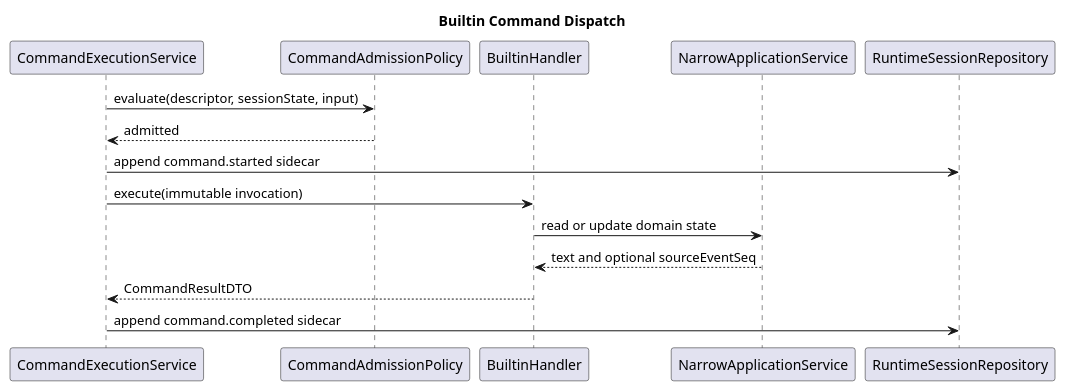
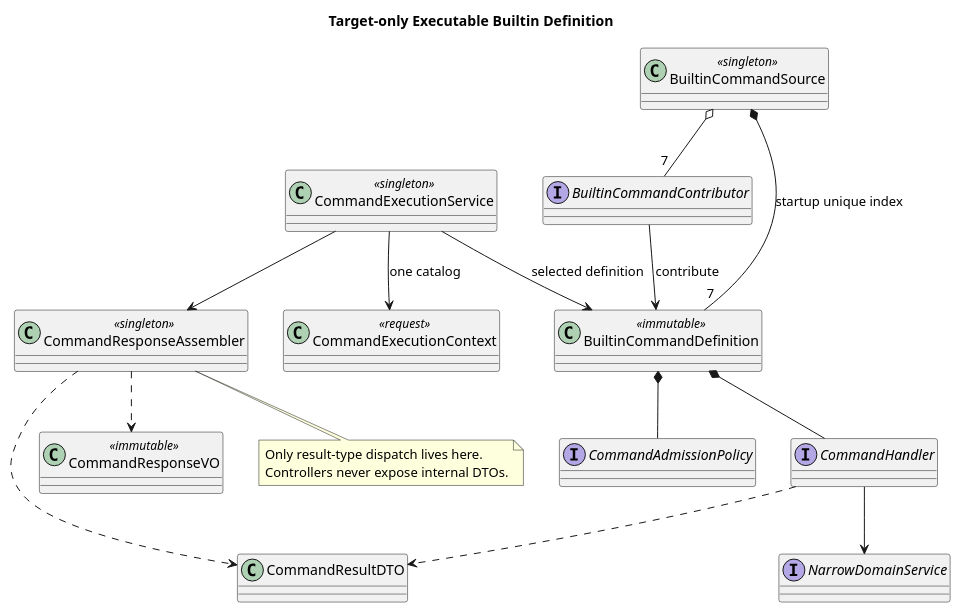
Before and after one commit to ssm0808/pi-mono-java-design: the first of 3 diagrams in 04-命令与技能/01-内置命令/设计图/diagram.puml, drawn with PlantUML. The commit also changed other lines of this file and 47 other files, not shown here.

Commit message:
docs(command): 收敛 Builtin JSON 契约与分层交付

```diff
--- a/04-命令与技能/01-内置命令/设计图/diagram.puml
+++ b/04-命令与技能/01-内置命令/设计图/diagram.puml
@@ -1,24 +1,33 @@
-@startuml builtin_dispatch
-title Builtin Command Dispatch
+@startuml target_command_core_classes
+title Target-only Executable Builtin Definition
+' Source evidence: pi-mono-java@0bb794f2 modules/coding-agent-cli/src/main/java/com/campusclaw/codingagent/runtimeapi/command/CommandDefinition.java.
+' Design reason: each contributor owns metadata, admission, and handler; no central command-name switch.
 skinparam shadowing false
-
-' Source evidence: pi-mono-java@c9d858bc modules/coding-agent-cli/src/main/java/com/campusclaw/codingagent/command/builtin/ModelCommand.java:16-36
-' Source evidence: pi-mono-java@c9d858bc modules/coding-agent-cli/src/main/java/com/campusclaw/codingagent/command/SlashCommandSession.java:19-32
-' Observed behavior: handlers currently depend on one broad mutable session facade.
-' Target design: every builtin handler depends on one narrow application service.
-
-participant CommandExecutionService as Execution
-participant CommandAdmissionPolicy as Admission
-participant BuiltinHandler as Handler
-participant NarrowApplicationService as Service
-participant RuntimeSessionRepository as Repository
-
-Execution -> Admission : evaluate(descriptor, sessionState, input)
-Admission --> Execution : admitted
-Execution -> Repository : append command.started sidecar
-Execution -> Handler : execute(immutable invocation)
-Handler -> Service : read or update domain state
-Service --> Handler : text and optional sourceEventSeq
-Handler --> Execution : CommandResultDTO
-Execution -> Repository : append command.completed sidecar
+interface BuiltinCommandContributor
+class BuiltinCommandSource <<singleton>>
+class BuiltinCommandDefinition <<immutable>>
+interface CommandHandler
+interface CommandAdmissionPolicy
+class CommandExecutionContext <<request>>
+class CommandExecutionService <<singleton>>
+class CommandResponseAssembler <<singleton>>
+class CommandResultDTO
+class CommandResponseVO <<immutable>>
+interface NarrowDomainService
+BuiltinCommandSource o-- "7" BuiltinCommandContributor
+BuiltinCommandContributor --> BuiltinCommandDefinition : contribute
+BuiltinCommandSource *-- "7" BuiltinCommandDefinition : startup unique index
+BuiltinCommandDefinition *-- CommandHandler
+BuiltinCommandDefinition *-- CommandAdmissionPolicy
+CommandExecutionService --> CommandExecutionContext : one catalog
+CommandExecutionService --> BuiltinCommandDefinition : selected definition
+CommandHandler --> NarrowDomainService
+CommandHandler ..> CommandResultDTO
+CommandExecutionService --> CommandResponseAssembler
+CommandResponseAssembler ..> CommandResultDTO
+CommandResponseAssembler ..> CommandResponseVO
+note bottom of CommandResponseAssembler
+Only result-type dispatch lives here.
+Controllers never expose internal DTOs.
+end note
 @enduml
```
